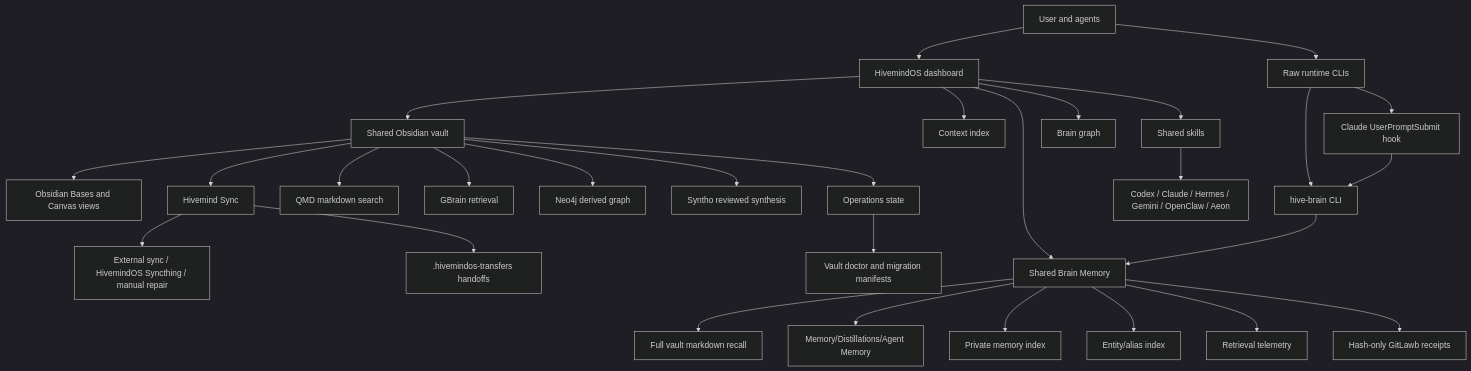
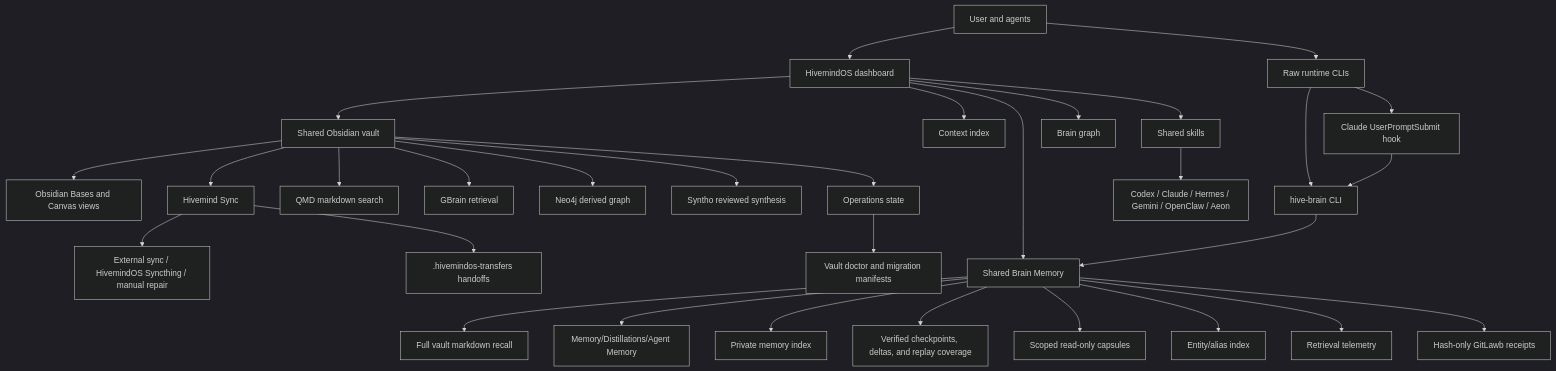
One commit to LiamVisionary/hivemindos changed the diagram in docs/for-users/whole-brain/index.md. Above: the diagram before and after it, drawn with Mermaid (dark theme). The commit also changed other lines of this file and 333 other files, not shown here.

````diff
--- a/docs/for-users/whole-brain/index.md
+++ b/docs/for-users/whole-brain/index.md
@@ -74,31 +74,33 @@
 ```mermaid
 flowchart TD
   User["User and agents"] --> Dashboard["HivemindOS dashboard"]
   User --> RawAgents["Raw runtime CLIs"]
   Dashboard --> Vault["Shared Obsidian vault"]
   Dashboard --> ContextIndex["Context index"]
   Dashboard --> BrainMemory["Shared Brain Memory"]
   Dashboard --> BrainGraph["Brain graph"]
   Dashboard --> Skills["Shared skills"]
   RawAgents --> HiveBrain["hive-brain CLI"]
   RawAgents --> ClaudeHook["Claude UserPromptSubmit hook"]
   HiveBrain --> BrainMemory
   ClaudeHook --> HiveBrain
   BrainMemory --> VaultMarkdown["Full vault markdown recall"]
   BrainMemory --> MemoryNotes["Memory/Distillations/Agent Memory"]
   BrainMemory --> MemoryIndex["Private memory index"]
+  BrainMemory --> Generations["Verified checkpoints, deltas, and replay coverage"]
+  BrainMemory --> Capsules["Scoped read-only capsules"]
   BrainMemory --> EntityIndex["Entity/alias index"]
   BrainMemory --> UsageLog["Retrieval telemetry"]
   BrainMemory --> Proofs["Hash-only GitLawb receipts"]
   Vault --> NativeViews["Obsidian Bases and Canvas views"]
   Vault --> SyncOwner["Hivemind Sync"]
   SyncOwner --> VaultOwner["External sync / HivemindOS Syncthing / manual repair"]
   SyncOwner --> Transfers[".hivemindos-transfers handoffs"]
   Vault --> QMD["QMD markdown search"]
   Vault --> GBrain["GBrain retrieval"]
   Vault --> Neo4j["Neo4j derived graph"]
   Vault --> Syntho["Syntho reviewed synthesis"]
   Vault --> Operations["Operations state"]
   Skills --> RuntimeProviders["Codex / Claude / Hermes / Gemini / OpenClaw / Aeon"]
   Operations --> Doctor["Vault doctor and migration manifests"]
 ```
````
